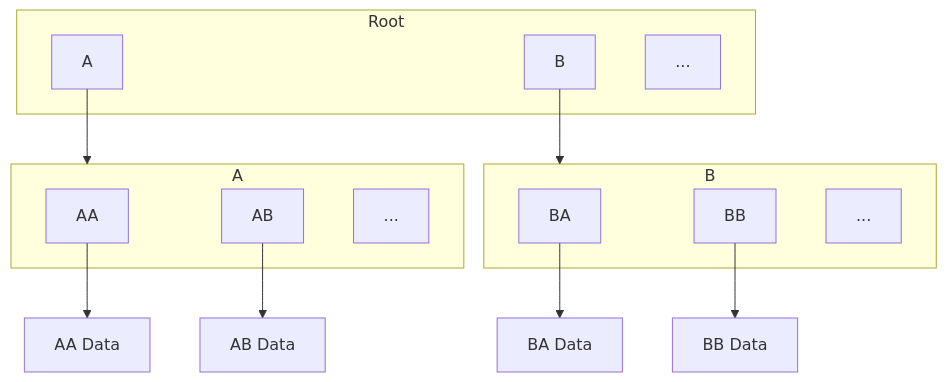
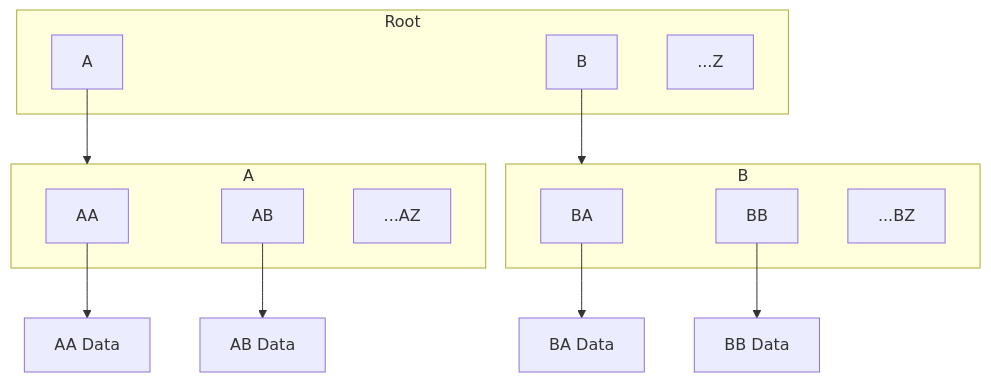
The diagram in articles/network.md (sergey-shandar/public), drawn with Mermaid before and after one commit. The commit also changed other lines of this file, not shown here.

````diff
--- a/articles/network.md
+++ b/articles/network.md
@@ -11,24 +11,24 @@
 ```mermaid
 graph TD;
     subgraph Root
       A
       B
-      ...
+      ...Z
     end
     subgraph AX[A]
       AA
       AB
-      AC[...]
+      ...AZ
     end
     subgraph BX[B]
       BA
       BB
-      BC[...]
+      ...BZ
     end
     A-->AX
     B-->BX
     AA-->AAD[AA Data]
     AB-->ABD[AB Data]
     BA-->BAD[BA Data]
     BB-->BBD[BB Data]
 ```
````
